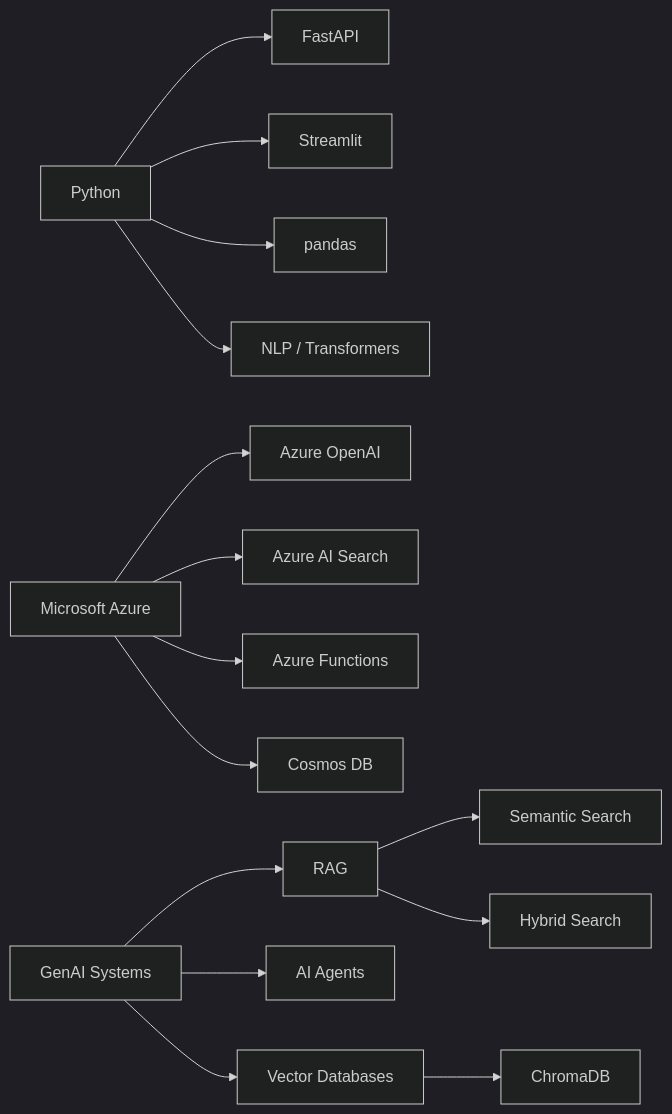
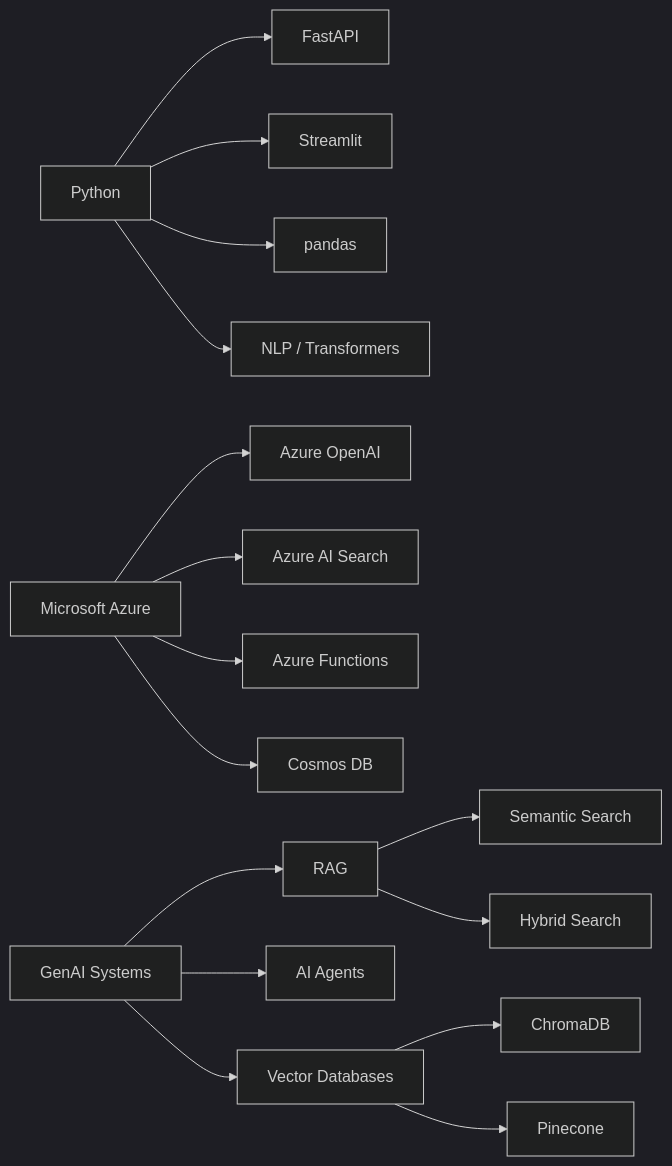
The third of 3 diagrams in README.md (CKRG2001/CKRG2001), drawn with Mermaid (dark theme) before and after one commit. The commit also changed other lines of this file, not shown here.

````diff
--- a/README.md
+++ b/README.md
@@ -207,19 +225,20 @@
 ```mermaid
 flowchart LR
     Python[Python] --> FastAPI[FastAPI]
     Python --> Streamlit[Streamlit]
     Python --> Pandas[pandas]
     Python --> NLP[NLP / Transformers]
 
     Azure[Microsoft Azure] --> AzureOpenAI[Azure OpenAI]
     Azure --> AzureSearch[Azure AI Search]
     Azure --> AzureFunctions[Azure Functions]
     Azure --> CosmosDB[Cosmos DB]
 
     GenAI[GenAI Systems] --> RAG[RAG]
     GenAI --> Agents[AI Agents]
     GenAI --> VectorDB[Vector Databases]
     VectorDB --> Chroma[ChromaDB]
+    VectorDB --> Pinecone
     RAG --> SemanticSearch[Semantic Search]
     RAG --> HybridSearch[Hybrid Search]
 ```
````
